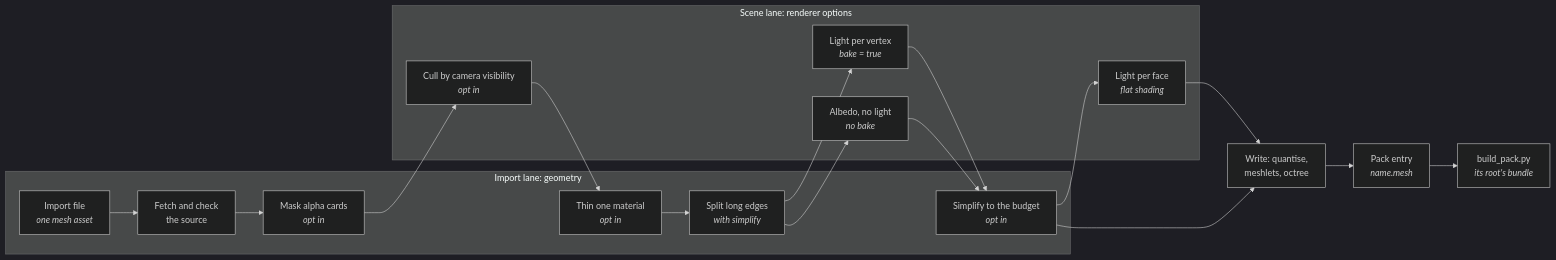
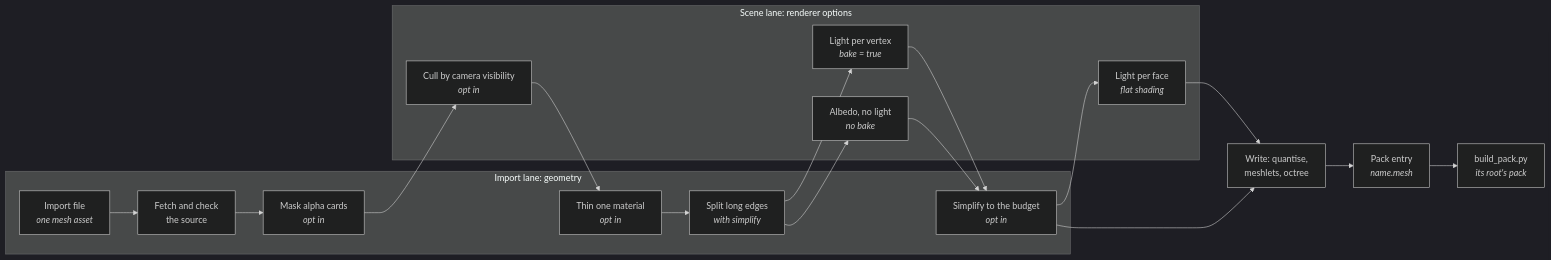
The first of 2 diagrams in docs/render/Mesh-Import.md (jose-villegas/autana), drawn with Mermaid (dark theme) before and after one commit. The commit also changed other lines of this file and 59 other files, not shown here.

````diff
--- a/docs/render/Mesh-Import.md
+++ b/docs/render/Mesh-Import.md
@@ -7,23 +7,23 @@
 ```mermaid
 flowchart LR
     subgraph Import_lane["Import lane: geometry"]
     Import["Import file<br/><i>one mesh asset</i>"] --> Fetch["Fetch and check<br/>the source"]
     Mask["Mask alpha cards<br/><i>opt in</i>"]
     Thin["Thin one material<br/><i>opt in</i>"]
     Dense["Split long edges<br/><i>with simplify</i>"]
     Simp["Simplify to the budget<br/><i>opt in</i>"]
     end
     subgraph Scene_lane["Scene lane: renderer options"]
     Vis["Cull by camera visibility<br/><i>opt in</i>"]
     Lit["Light per vertex<br/><i>bake = true</i>"]
     Albedo["Albedo, no light<br/><i>no bake</i>"]
     Face["Light per face<br/><i>flat shading</i>"]
     end
     Fetch --> Mask --> Vis --> Thin --> Dense
     Dense --> Lit --> Simp
     Dense --> Albedo --> Simp
     Simp --> Face --> Write["Write: quantise,<br/>meshlets, octree"]
     Simp --> Write
     Write --> Entry["Pack entry<br/><i>name.mesh</i>"]
-    Entry --> Pack["build_pack.py<br/><i>its root's bundle</i>"]
+    Entry --> Pack["build_pack.py<br/><i>its root's pack</i>"]
 ```
````
